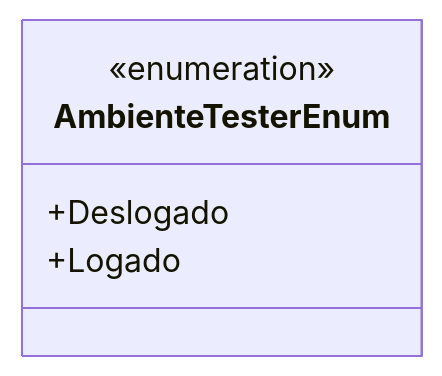
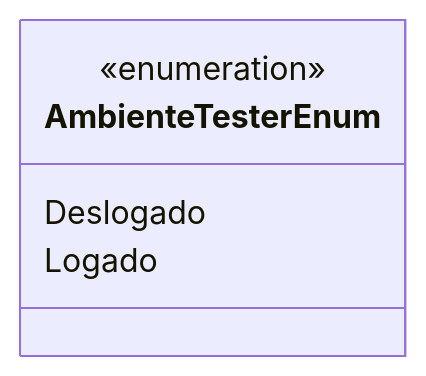
One commit to IsthmusSistemas/documentacao-tecnica changed the diagram in docs/b2b-dominio/IsthmusWinthor.Nucleo/IsthmusWinthor.Dominio/Enumeradores/AmbienteTesterEnum.md. Above: the diagram before and after it, drawn with Mermaid. The commit also changed other lines of this file and 882 other files, not shown here.

````diff
--- a/docs/b2b-dominio/IsthmusWinthor.Nucleo/IsthmusWinthor.Dominio/Enumeradores/AmbienteTesterEnum.md
+++ b/docs/b2b-dominio/IsthmusWinthor.Nucleo/IsthmusWinthor.Dominio/Enumeradores/AmbienteTesterEnum.md
@@ -12,8 +12,8 @@
 ```mermaid
 classDiagram
     class AmbienteTesterEnum {
         <<enumeration>>
-        +Deslogado
-        +Logado
+        Deslogado
+        Logado
     }
 ```
````
